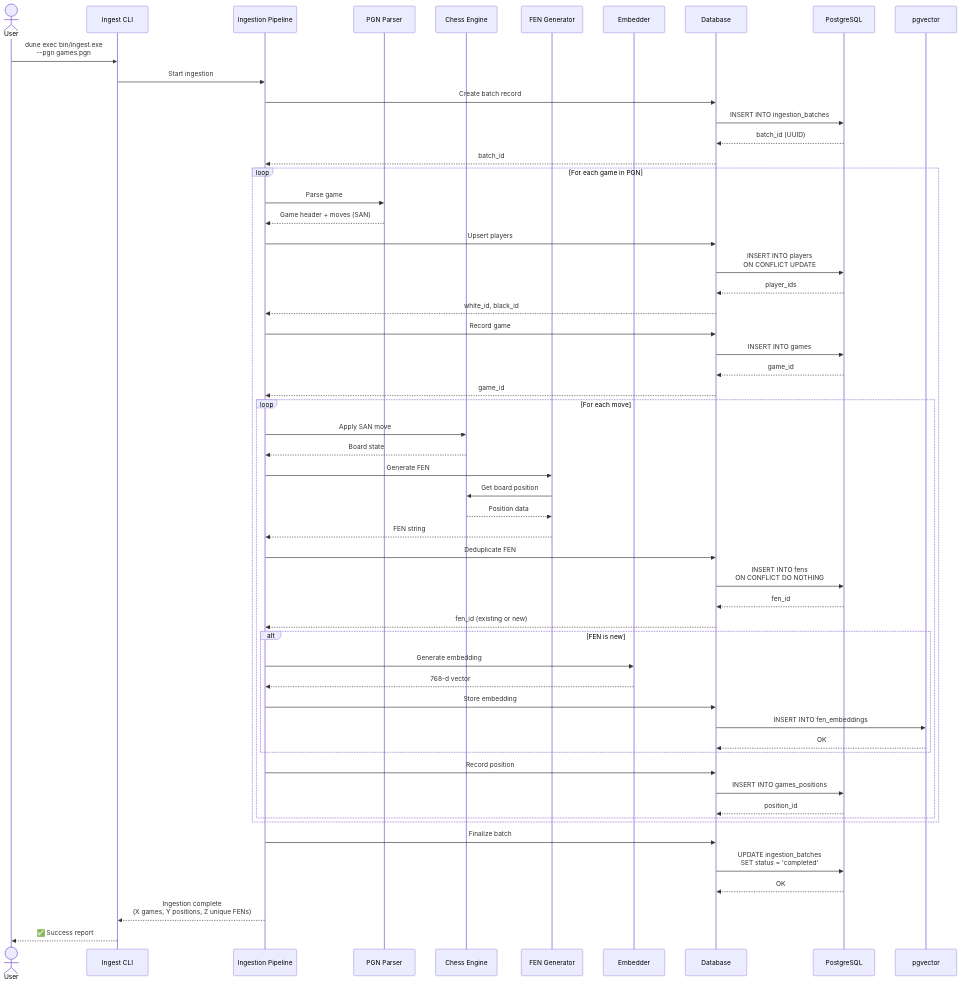
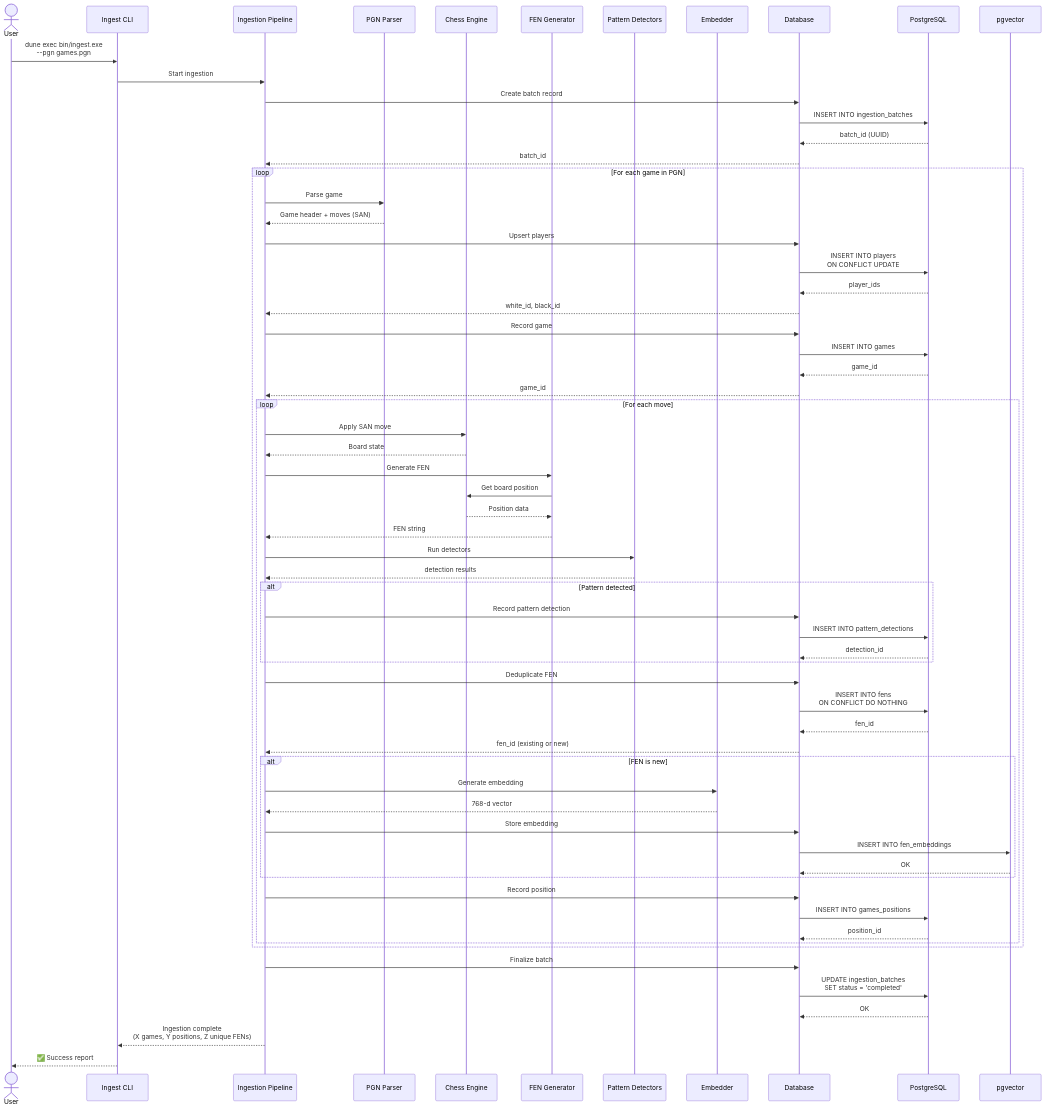
Before and after one commit to HendrikReh/chessbuddy: the second of 9 diagrams in docs/ARCHITECTURE_DIAGRAM.md, drawn with Mermaid. The commit also changed other lines of this file and 13 other files, not shown here.

````diff
--- a/docs/ARCHITECTURE_DIAGRAM.md
+++ b/docs/ARCHITECTURE_DIAGRAM.md
@@ -99,71 +94,80 @@
 ```mermaid
 sequenceDiagram
     actor User
     participant CLI as Ingest CLI
     participant Pipeline as Ingestion Pipeline
     participant PGN as PGN Parser
     participant Chess as Chess Engine
     participant FEN as FEN Generator
+    participant Pattern as Pattern Detectors
     participant Embed as Embedder
     participant DB as Database
     participant PG as PostgreSQL
     participant Vec as pgvector
 
     User->>CLI: dune exec bin/ingest.exe<br/>--pgn games.pgn
     CLI->>Pipeline: Start ingestion
 
     Pipeline->>DB: Create batch record
     DB->>PG: INSERT INTO ingestion_batches
     PG-->>DB: batch_id (UUID)
     DB-->>Pipeline: batch_id
 
     loop For each game in PGN
         Pipeline->>PGN: Parse game
         PGN-->>Pipeline: Game header + moves (SAN)
 
         Pipeline->>DB: Upsert players
         DB->>PG: INSERT INTO players<br/>ON CONFLICT UPDATE
         PG-->>DB: player_ids
         DB-->>Pipeline: white_id, black_id
 
         Pipeline->>DB: Record game
         DB->>PG: INSERT INTO games
         PG-->>DB: game_id
         DB-->>Pipeline: game_id
 
         loop For each move
             Pipeline->>Chess: Apply SAN move
             Chess-->>Pipeline: Board state
 
             Pipeline->>FEN: Generate FEN
             FEN->>Chess: Get board position
             Chess-->>FEN: Position data
             FEN-->>Pipeline: FEN string
 
+            Pipeline->>Pattern: Run detectors
+            Pattern-->>Pipeline: detection results
+            alt Pattern detected
+                Pipeline->>DB: Record pattern detection
+                DB->>PG: INSERT INTO pattern_detections
+                PG-->>DB: detection_id
+            end
+
             Pipeline->>DB: Deduplicate FEN
             DB->>PG: INSERT INTO fens<br/>ON CONFLICT DO NOTHING
             PG-->>DB: fen_id
             DB-->>Pipeline: fen_id (existing or new)
 
             alt FEN is new
                 Pipeline->>Embed: Generate embedding
                 Embed-->>Pipeline: 768-d vector
 
                 Pipeline->>DB: Store embedding
                 DB->>Vec: INSERT INTO fen_embeddings
                 Vec-->>DB: OK
             end
 
             Pipeline->>DB: Record position
             DB->>PG: INSERT INTO games_positions
             PG-->>DB: position_id
         end
     end
 
     Pipeline->>DB: Finalize batch
     DB->>PG: UPDATE ingestion_batches<br/>SET status = 'completed'
     PG-->>DB: OK
 
     Pipeline-->>CLI: Ingestion complete<br/>(X games, Y positions, Z unique FENs)
     CLI-->>User: ✅ Success report
 ```
````
